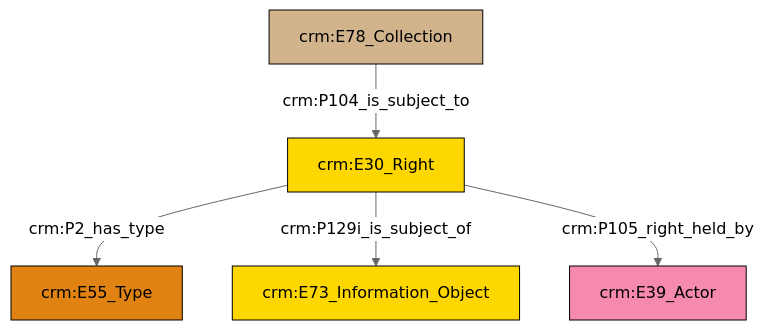
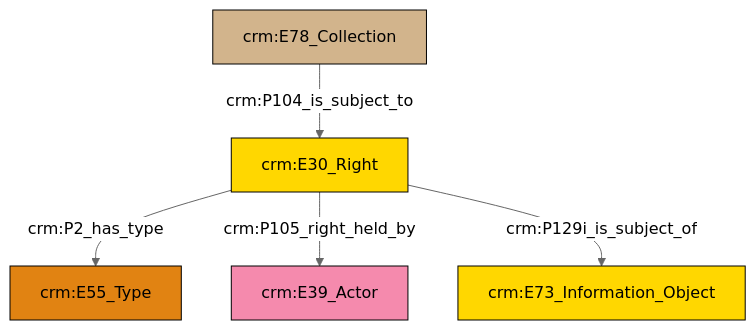
Before and after one commit to swiss-art-research-net/docs.swissartresearch: the diagram in et/archivalCSV/ttl/mmd/archival_rights.ttl.mmd, drawn with Mermaid (neutral theme). The commit also changed 177 other files, not shown here.

```diff
--- a/et/archivalCSV/ttl/mmd/archival_rights.ttl.mmd
+++ b/et/archivalCSV/ttl/mmd/archival_rights.ttl.mmd
@@ -1,19 +1,19 @@
 graph TD
 classDef Literal fill:#f2f2f2,stroke:#000000;
 classDef CRM_Entity fill:#FFFFFF,stroke:#000000;
 classDef Temporal_Entity fill:#00C9E6, stroke:#000000;
 classDef Type fill:#E18312, stroke:#000000;
 classDef Time-Span fill:#2C9C91, stroke:#000000;
 classDef Appellation fill:#FFEB7F, stroke:#000000;
 classDef Place fill:#008836, stroke:#000000;
 classDef Persistent_Item fill:#B266B2, stroke:#000000;
 classDef Conceptual_Object fill:#FFD700, stroke:#000000;
 classDef Physical_Thing fill:#D2B48C, stroke:#000000;
 classDef Actor fill:#f58aad, stroke:#000000;
 classDef PC_Classes fill:#4ce600, stroke:#000000;
 classDef Multi fill:#cccccc,stroke:#000000;
 
-0["crm:E30_Right"]:::Conceptual_Object -->|crm:P2_has_type| 1["crm:E55_Type"]:::Type
-4["crm:E78_Collection"]:::Physical_Thing -->|crm:P104_is_subject_to| 0["crm:E30_Right"]:::Conceptual_Object
-0["crm:E30_Right"]:::Conceptual_Object -->|crm:P129i_is_subject_of| 2["crm:E73_Information_Object"]:::Conceptual_Object
-0["crm:E30_Right"]:::Conceptual_Object -->|crm:P105_right_held_by| 7["crm:E39_Actor"]:::Actor
+8["crm:E30_Right"]:::Conceptual_Object -->|crm:P2_has_type| 0["crm:E55_Type"]:::Type
+8["crm:E30_Right"]:::Conceptual_Object -->|crm:P105_right_held_by| 4["crm:E39_Actor"]:::Actor
+8["crm:E30_Right"]:::Conceptual_Object -->|crm:P129i_is_subject_of| 6["crm:E73_Information_Object"]:::Conceptual_Object
+2["crm:E78_Collection"]:::Physical_Thing -->|crm:P104_is_subject_to| 8["crm:E30_Right"]:::Conceptual_Object
```
